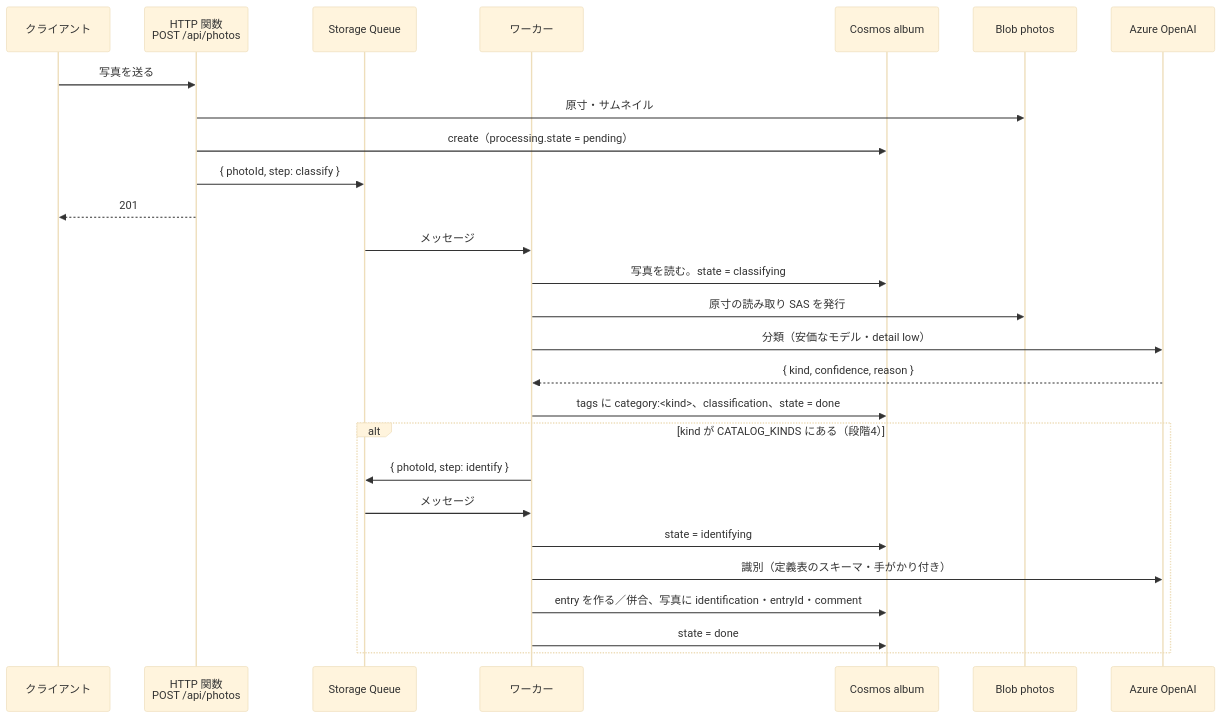
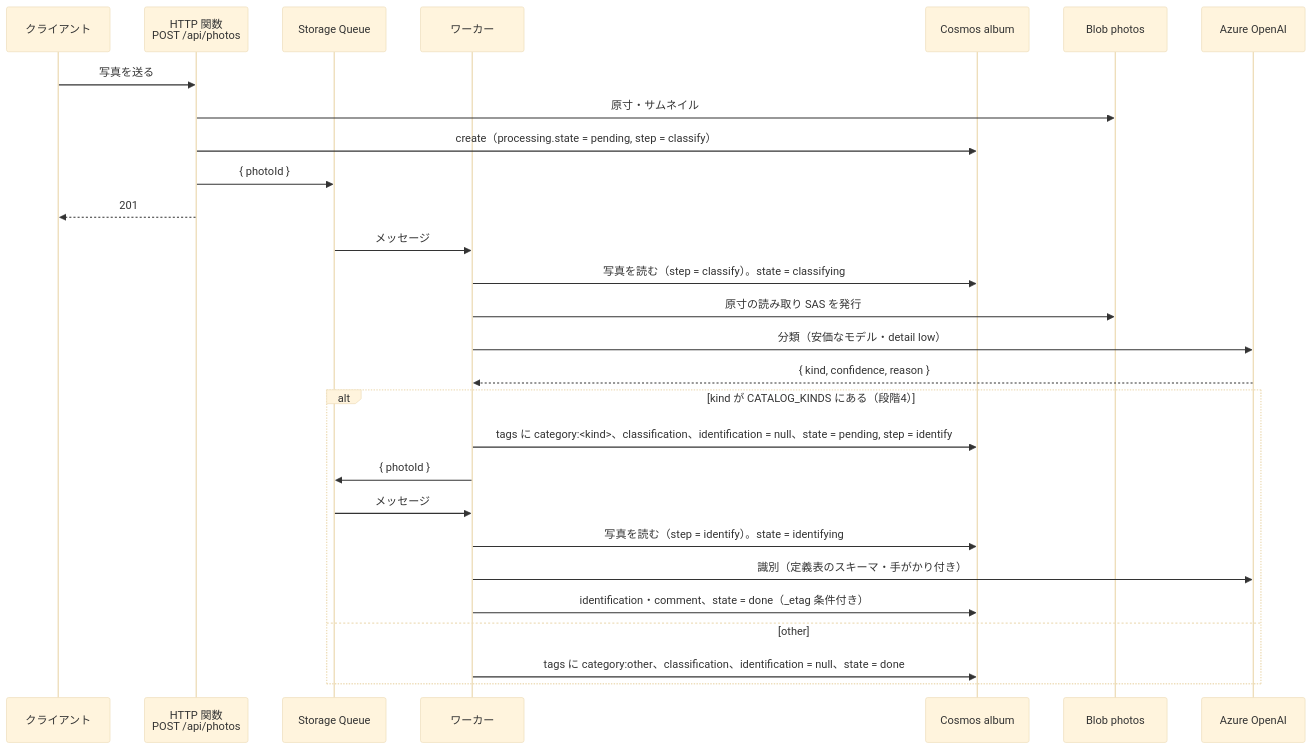
One commit to nmasashi/snaplant changed the diagram in docs/travel-album/06_processing_design.md. Above: the diagram before and after it, drawn with Mermaid (base theme). The commit also changed other lines of this file and 7 other files, not shown here.

First line of the commit message:
図鑑を写真からまとめる形（案 B）に改め、書き込み操作の整合性を点検する

````diff
--- a/docs/travel-album/06_processing_design.md
+++ b/docs/travel-album/06_processing_design.md
@@ -33,31 +34,32 @@
 ```mermaid
 sequenceDiagram
     participant C as クライアント
     participant H as HTTP 関数<br/>POST /api/photos
     participant Q as Storage Queue
     participant W as ワーカー
     participant DB as Cosmos album
     participant B as Blob photos
     participant AI as Azure OpenAI
 
     C->>H: 写真を送る
     H->>B: 原寸・サムネイル
-    H->>DB: create（processing.state = pending）
-    H->>Q: { photoId, step: classify }
+    H->>DB: create（processing.state = pending, step = classify）
+    H->>Q: { photoId }
     H-->>C: 201
 
     Q->>W: メッセージ
-    W->>DB: 写真を読む。state = classifying
+    W->>DB: 写真を読む（step = classify）。state = classifying
     W->>B: 原寸の読み取り SAS を発行
     W->>AI: 分類（安価なモデル・detail low）
     AI-->>W: { kind, confidence, reason }
-    W->>DB: tags に category:<kind>、classification、state = done
     alt kind が CATALOG_KINDS にある（段階4）
-        W->>Q: { photoId, step: identify }
+        W->>DB: tags に category:<kind>、classification、identification = null、state = pending, step = identify
+        W->>Q: { photoId }
         Q->>W: メッセージ
-        W->>DB: state = identifying
+        W->>DB: 写真を読む（step = identify）。state = identifying
         W->>AI: 識別（定義表のスキーマ・手がかり付き）
-        W->>DB: entry を作る／併合、写真に identification・entryId・comment
-        W->>DB: state = done
+        W->>DB: identification・comment、state = done（_etag 条件付き）
+    else other
+        W->>DB: tags に category:other、classification、identification = null、state = done
     end
 ```
````
